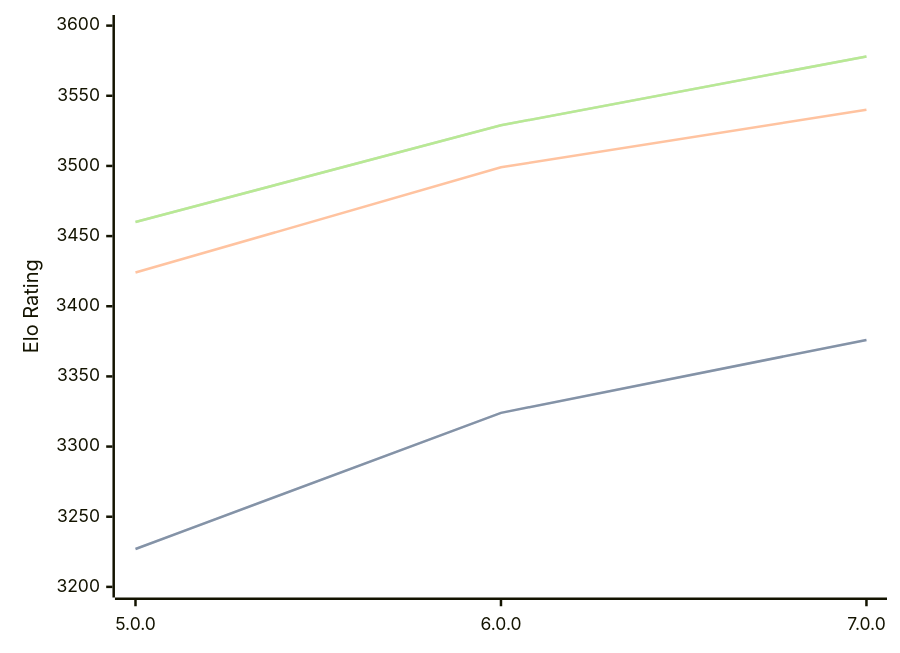
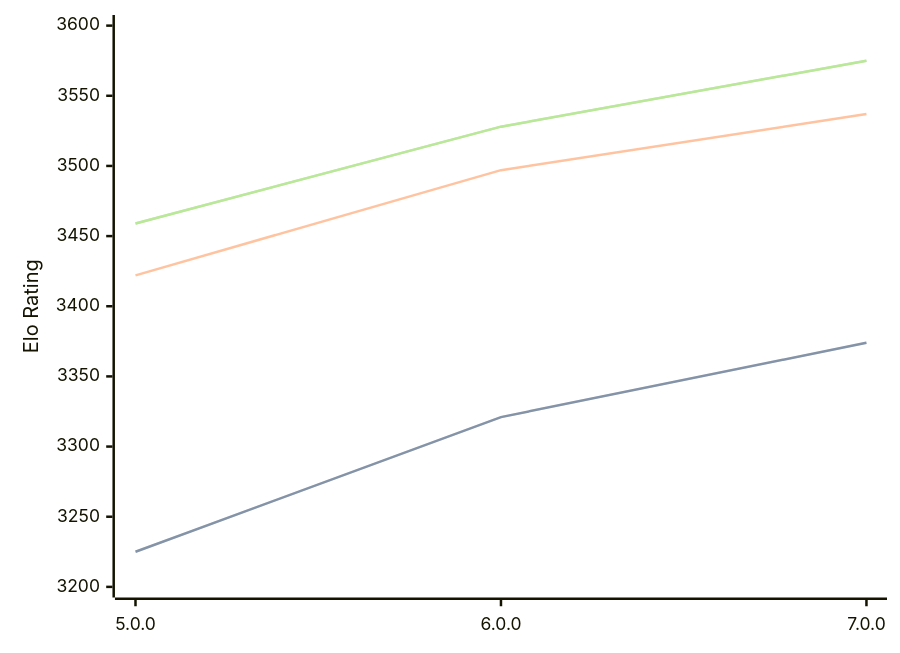
One commit to computer-chess-index/cci changed the diagram in engines/Stormphrax.md. Above: the diagram before and after it, drawn with Mermaid. The commit also changed other lines of this file, not shown here.

Commit message:
Update CCI Ratings (ELO VLTC) - 2026-03-31

````diff
--- a/engines/Stormphrax.md
+++ b/engines/Stormphrax.md
@@ -38,11 +38,11 @@
 ```mermaid
 %%{init: {"theme":"base","themeVariables":{"seriesColors:['#a3a3a3','#222221','#faa371']}}}%%
 xychart-beta
   x-axis ["5.0.0", "6.0.0", "7.0.0"]
   y-axis "Elo Rating" 3200 --> 3600
-  line "STC (8.0+0.08s)" [3227, 3324, 3376]
-  line "STC (8.0+0.08s)" [3227, 3324, 3376]
-  line "LTC (60.0+0.60s)" [3424, 3499, 3540]
-  line "VLTC (2m24s+1.12s)" [3460, 3529, 3578]
-  line "VLTC (2m24s+1.12s)" [3460, 3529, 3578]
+  line "STC (8.0+0.08s)" [3225, 3321, 3374]
+  line "STC (8.0+0.08s)" [3225, 3321, 3374]
+  line "LTC (60.0+0.60s)" [3422, 3497, 3537]
+  line "VLTC (2m24s+1.12s)" [3459, 3528, 3575]
+  line "VLTC (2m24s+1.12s)" [3459, 3528, 3575]
 ```
````
